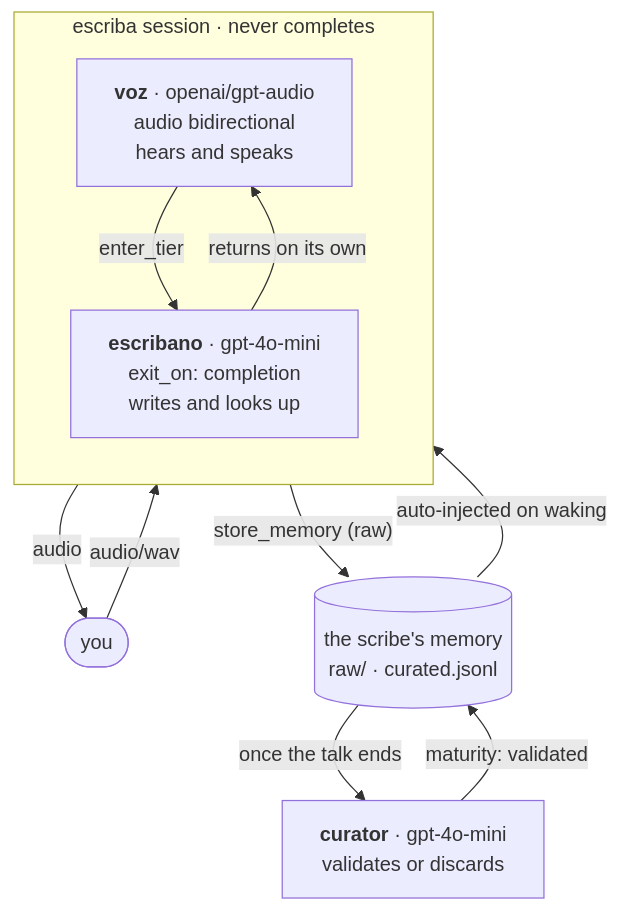
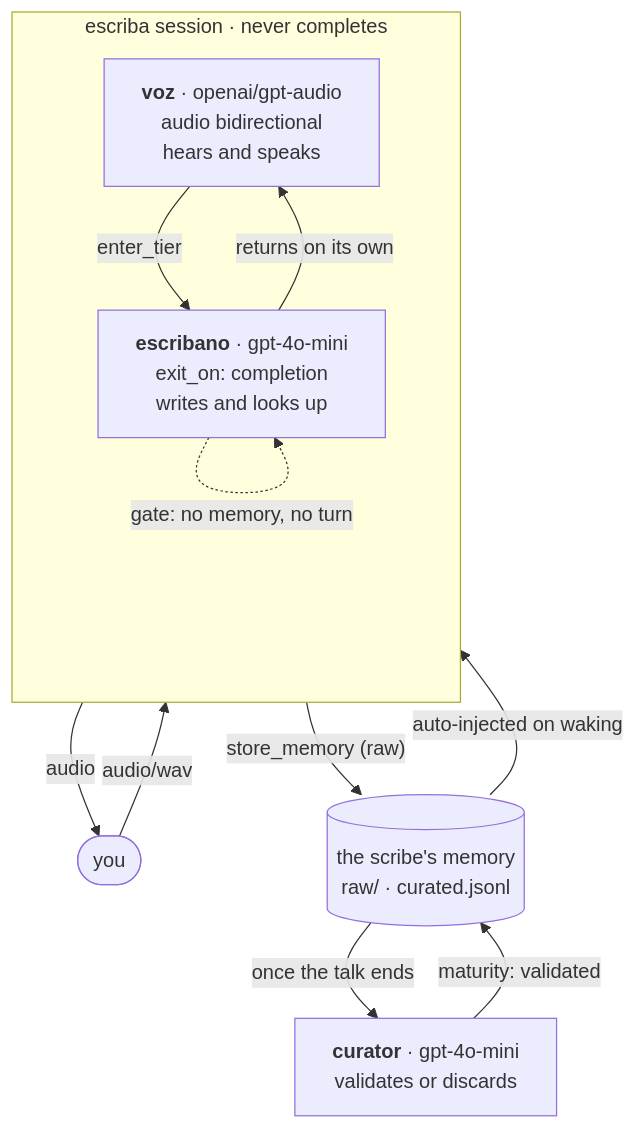
One commit to Jaato-framework-and-examples/jaato-escriba changed the first of 3 diagrams in README.md. Above: the diagram before and after it, drawn with Mermaid. The commit also changed other lines of this file and 6 other files, not shown here.

First line of the commit message:
escriba: it writes now — a completion gate makes the turn depend on it

````diff
--- a/README.md
+++ b/README.md
@@ -28,22 +28,23 @@
 ```mermaid
 flowchart TB
     you(["you"])
 
     subgraph S["escriba session · never completes"]
         direction TB
         voz["<b>voz</b> · openai/gpt-audio<br/>audio bidirectional<br/>hears and speaks"]
         esc["<b>escribano</b> · gpt-4o-mini<br/>exit_on: completion<br/>writes and looks up"]
         voz -- "enter_tier" --> esc
         esc -- "returns on its own" --> voz
     end
 
     mem[("the scribe's memory<br/>raw/ · curated.jsonl")]
     cur["<b>curator</b> · gpt-4o-mini<br/>validates or discards"]
 
     you -- "audio/wav" --> voz
     voz -- "audio" --> you
     esc -- "store_memory (raw)" --> mem
+    esc -. "gate: no memory, no turn" .-> esc
     mem -- "once the talk ends" --> cur
     cur -- "maturity: validated" --> mem
     mem -- "auto-injected on waking" --> voz
 ```
````
